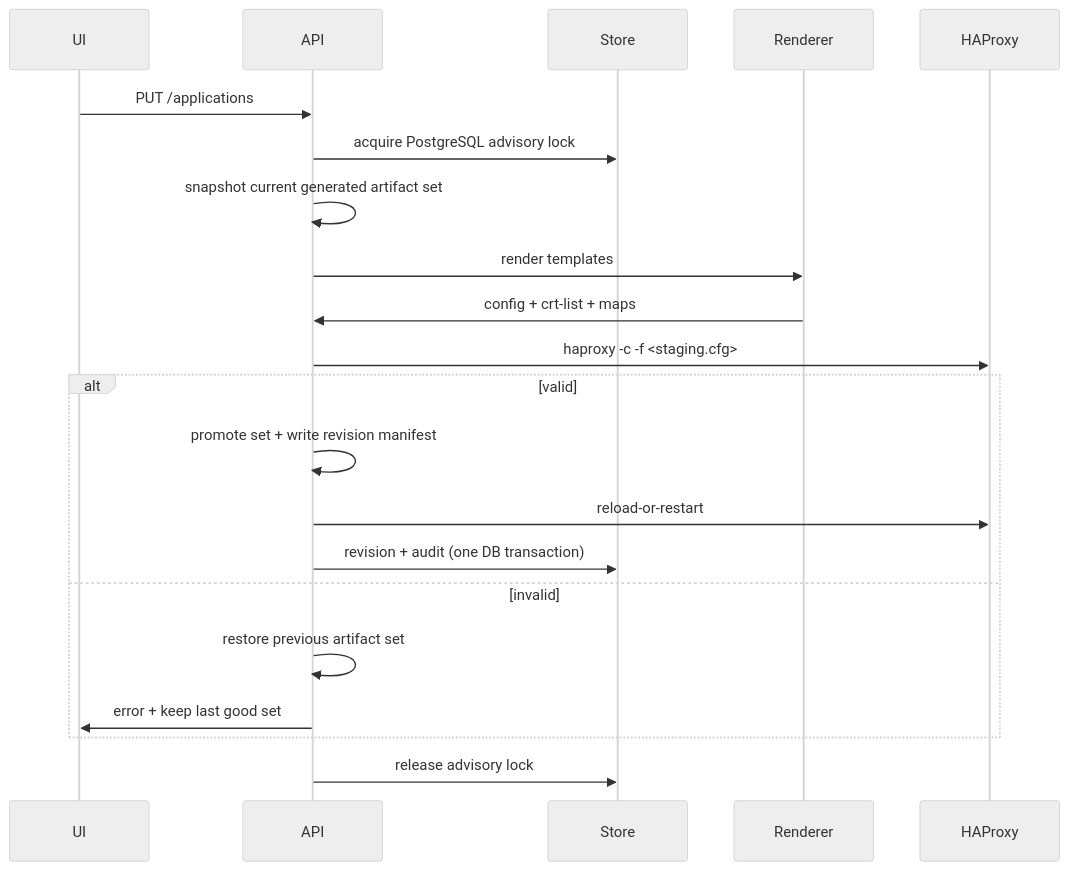
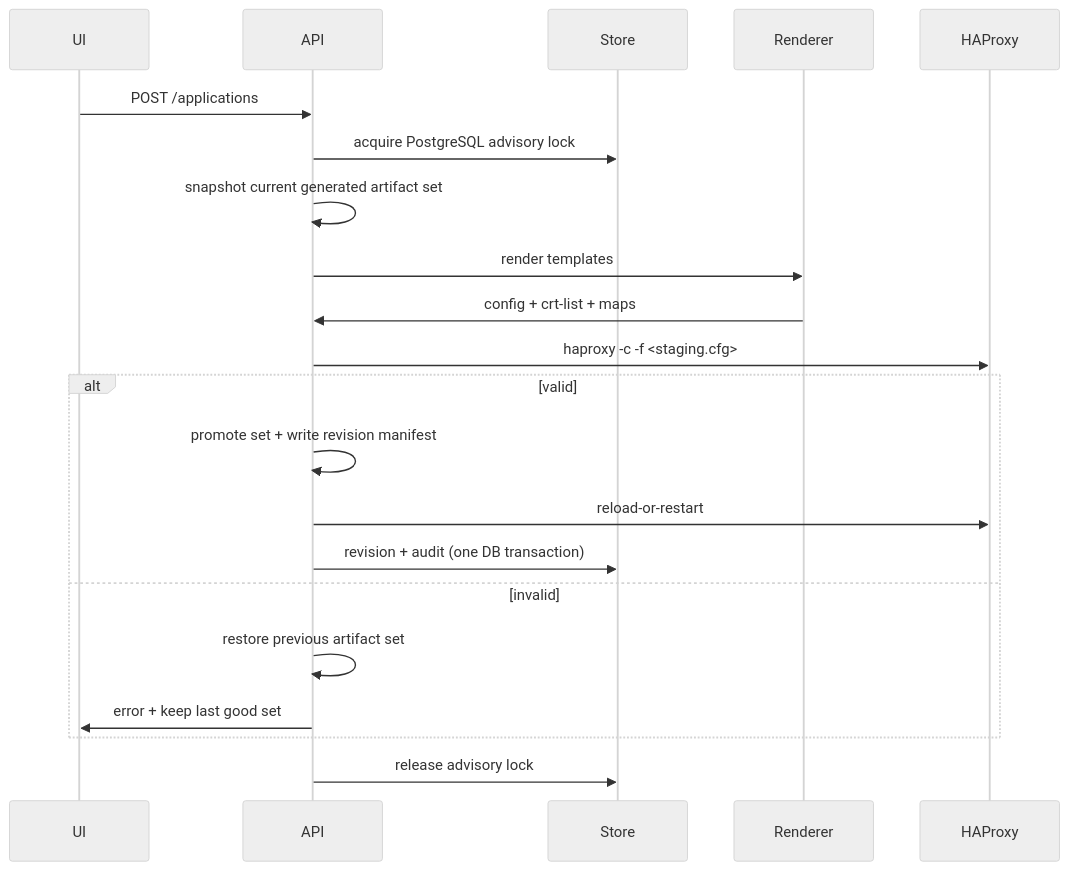
One commit to sbezpalov/easy-waf changed the second of 2 diagrams in docs/ARCHITECTURE.md. Above: the diagram before and after it, drawn with Mermaid (neutral theme). The commit also changed other lines of this file and 6 other files, not shown here.

First line of the commit message:
docs: bring architecture and security docs up to date

````diff
--- a/docs/ARCHITECTURE.md
+++ b/docs/ARCHITECTURE.md
@@ -159,23 +162,23 @@
 ```mermaid
 sequenceDiagram
   participant UI
   participant API
   participant Store
   participant Renderer
   participant HAProxy
-  UI->>API: PUT /applications
+  UI->>API: POST /applications
   API->>Store: acquire PostgreSQL advisory lock
   API->>API: snapshot current generated artifact set
   API->>Renderer: render templates
   Renderer->>API: config + crt-list + maps
   API->>HAProxy: haproxy -c -f <staging.cfg>
   alt valid
     API->>API: promote set + write revision manifest
     API->>HAProxy: reload-or-restart
     API->>Store: revision + audit (one DB transaction)
   else invalid
     API->>API: restore previous artifact set
     API->>UI: error + keep last good set
   end
   API->>Store: release advisory lock
 ```
````
